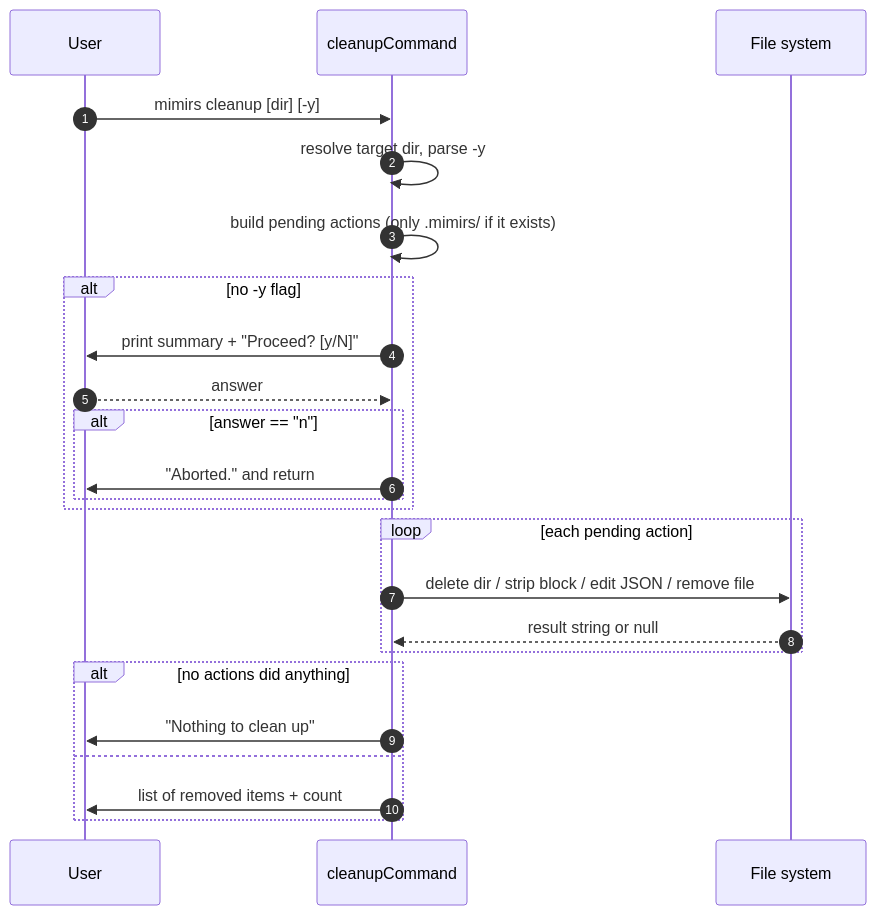
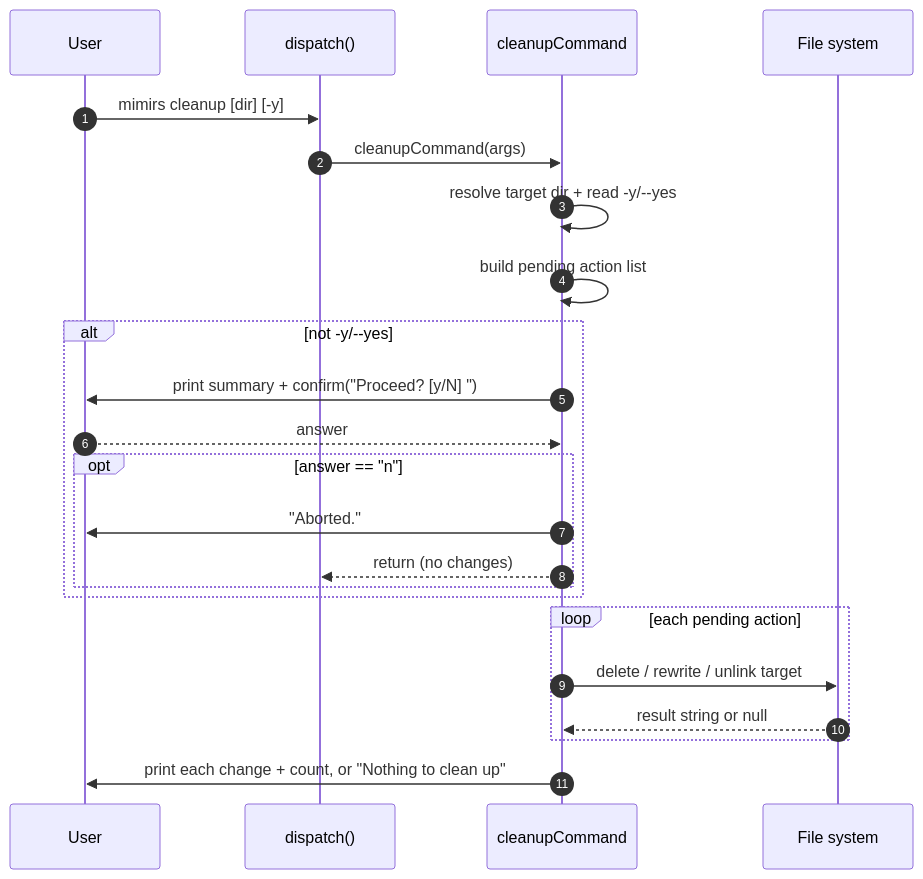
One commit to TheWinci/mimirs changed the diagram in wiki/cli/cleanup.md. Above: the diagram before and after it, drawn with Mermaid. The commit also changed other lines of this file and 51 other files, not shown here.

````diff
--- a/wiki/cli/cleanup.md
+++ b/wiki/cli/cleanup.md
@@ -11,26 +13,25 @@
 ```mermaid
 sequenceDiagram
-    autonumber
-    participant User
-    participant Cmd as cleanupCommand
-    participant FS as File system
-    User->>Cmd: mimirs cleanup [dir] [-y]
-    Cmd->>Cmd: resolve target dir, parse -y
-    Cmd->>Cmd: build pending actions (only .mimirs/ if it exists)
-    alt no -y flag
-        Cmd->>User: print summary + "Proceed? [y/N]"
-        User-->>Cmd: answer
-        alt answer == "n"
-            Cmd->>User: "Aborted." and return
-        end
+  autonumber
+  participant User
+  participant Dispatch as dispatch()
+  participant Cleanup as cleanupCommand
+  participant FS as File system
+  User->>Dispatch: mimirs cleanup [dir] [-y]
+  Dispatch->>Cleanup: cleanupCommand(args)
+  Cleanup->>Cleanup: resolve target dir + read -y/--yes
+  Cleanup->>Cleanup: build pending action list
+  alt not -y/--yes
+    Cleanup->>User: print summary + confirm("Proceed? [y/N] ")
+    User-->>Cleanup: answer
+    opt answer == "n"
+      Cleanup->>User: "Aborted."
+      Cleanup-->>Dispatch: return (no changes)
     end
-    loop each pending action
-        Cmd->>FS: delete dir / strip block / edit JSON / remove file
-        FS-->>Cmd: result string or null
-    end
-    alt no actions did anything
-        Cmd->>User: "Nothing to clean up"
-    else
-        Cmd->>User: list of removed items + count
-    end
+  end
+  loop each pending action
+    Cleanup->>FS: delete / rewrite / unlink target
+    FS-->>Cleanup: result string or null
+  end
+  Cleanup->>User: print each change + count, or "Nothing to clean up"
 ```
````
